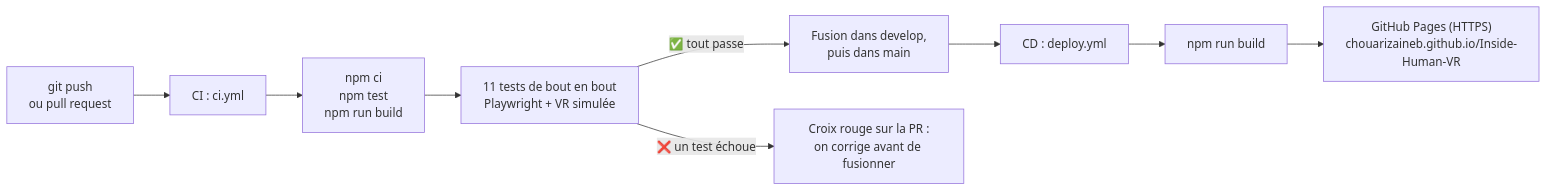
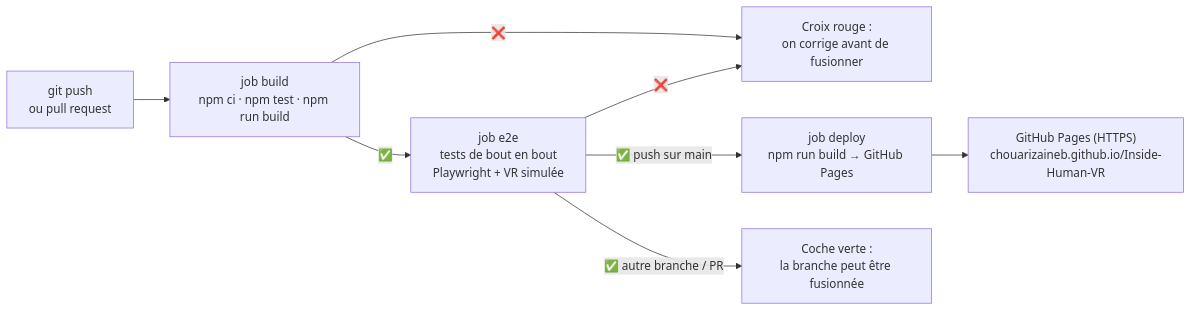
The diagram in docs/CI_CD.md (ChouariZaineb/Inside-Human-VR), drawn with Mermaid before and after one commit. The commit also changed other lines of this file and 15 other files, not shown here.

````diff
--- a/docs/CI_CD.md
+++ b/docs/CI_CD.md
@@ -8,11 +10,10 @@
 ```mermaid
 flowchart LR
-    A["git push<br/>ou pull request"] --> B["CI : ci.yml"]
-    B --> C["npm ci<br/>npm test<br/>npm run build"]
-    C --> D["11 tests de bout en bout<br/>Playwright + VR simulée"]
-    D -->|✅ tout passe| E["Fusion dans develop,<br/>puis dans main"]
-    D -->|❌ un test échoue| F["Croix rouge sur la PR :<br/>on corrige avant de fusionner"]
-    E --> G["CD : deploy.yml"]
-    G --> H["npm run build"]
-    H --> I["GitHub Pages (HTTPS)<br/>chouarizaineb.github.io/Inside-Human-VR"]
+    A["git push<br/>ou pull request"] --> B["job build<br/>npm ci · npm test · npm run build"]
+    B -->|✅| C["job e2e<br/>tests de bout en bout<br/>Playwright + VR simulée"]
+    B -->|❌| F["Croix rouge :<br/>on corrige avant de fusionner"]
+    C -->|❌| F
+    C -->|✅ push sur main| D["job deploy<br/>npm run build → GitHub Pages"]
+    C -->|✅ autre branche / PR| E["Coche verte :<br/>la branche peut être fusionnée"]
+    D --> G["GitHub Pages (HTTPS)<br/>chouarizaineb.github.io/Inside-Human-VR"]
 ```
````
